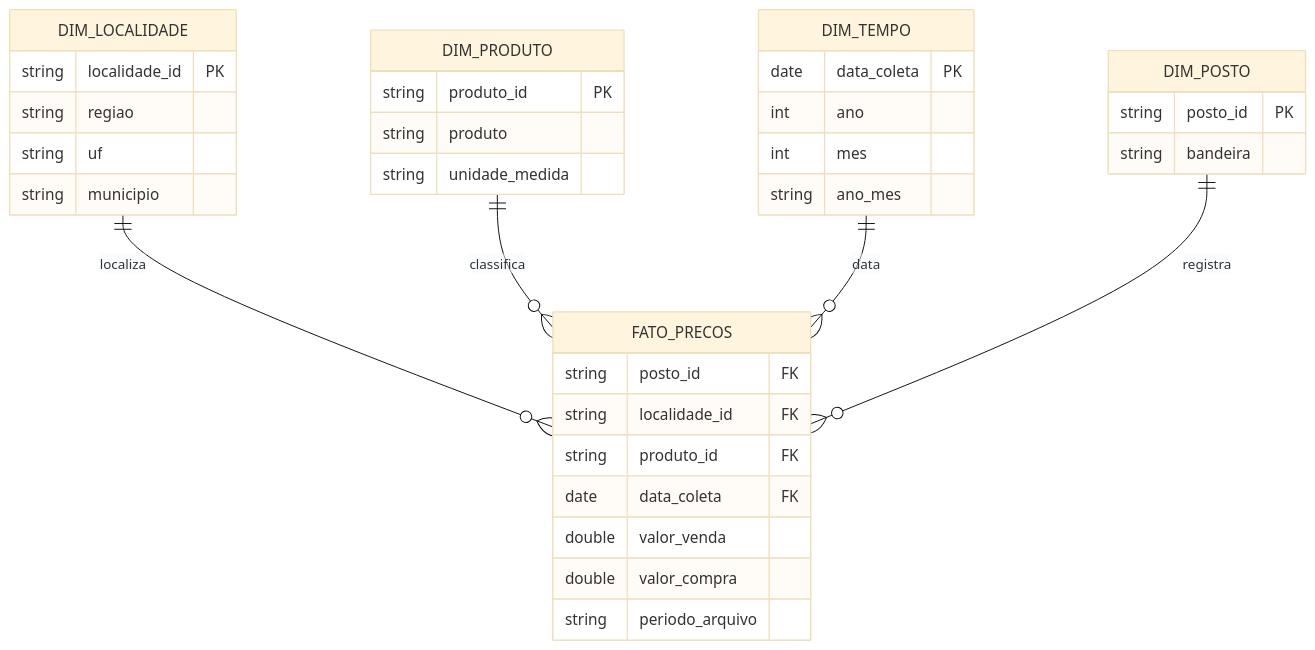
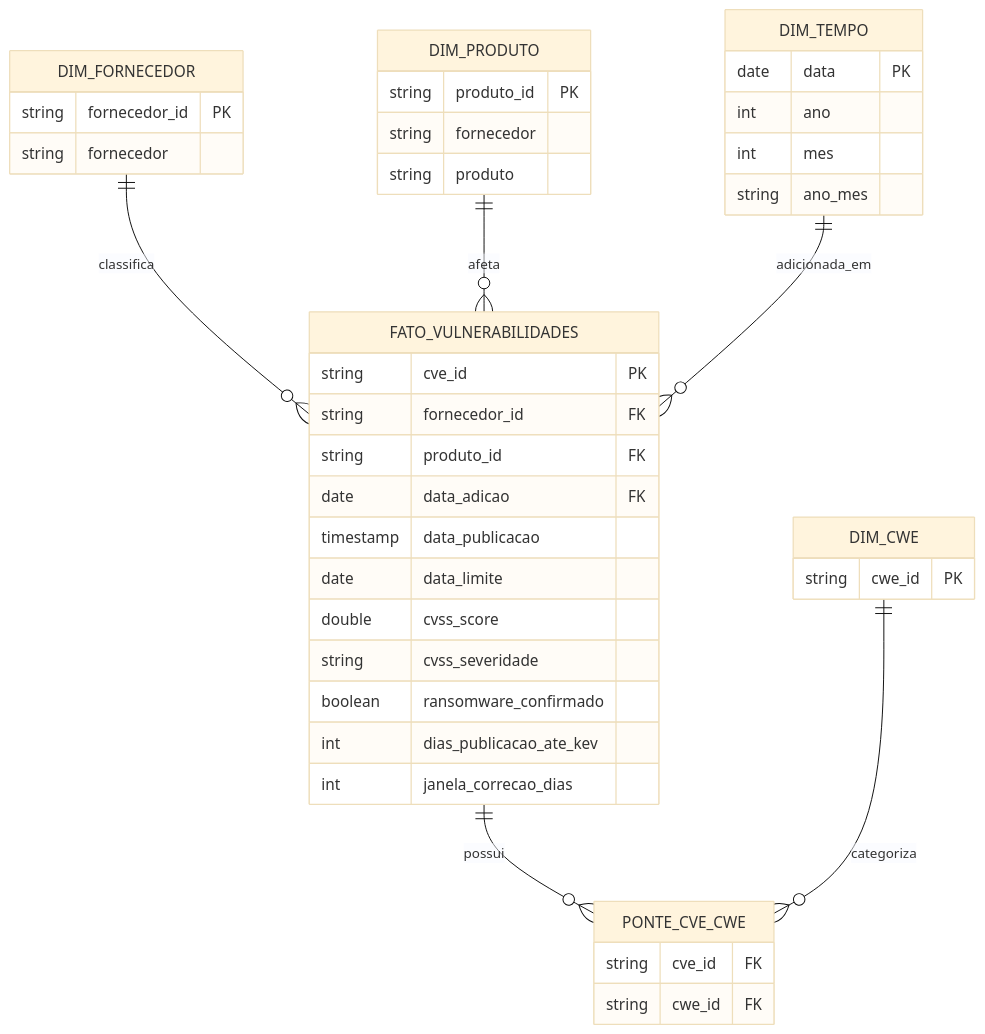
The diagram in catalogo/modelo_estrela.mmd (brunobryto-lab/tarefa-4), drawn with Mermaid (base theme) before and after one commit. The commit also changed other lines of this file and 25 other files, not shown here.

```diff
--- a/catalogo/modelo_estrela.mmd
+++ b/catalogo/modelo_estrela.mmd
@@ -1,36 +1,42 @@
 erDiagram
-    DIM_LOCALIDADE ||--o{ FATO_PRECOS : localiza
-    DIM_PRODUTO ||--o{ FATO_PRECOS : classifica
-    DIM_TEMPO ||--o{ FATO_PRECOS : data
-    DIM_POSTO ||--o{ FATO_PRECOS : registra
+    DIM_FORNECEDOR ||--o{ FATO_VULNERABILIDADES : classifica
+    DIM_PRODUTO ||--o{ FATO_VULNERABILIDADES : afeta
+    DIM_TEMPO ||--o{ FATO_VULNERABILIDADES : adicionada_em
+    FATO_VULNERABILIDADES ||--o{ PONTE_CVE_CWE : possui
+    DIM_CWE ||--o{ PONTE_CVE_CWE : categoriza
 
-    DIM_LOCALIDADE {
-        string localidade_id PK
-        string regiao
-        string uf
-        string municipio
+    DIM_FORNECEDOR {
+        string fornecedor_id PK
+        string fornecedor
     }
     DIM_PRODUTO {
         string produto_id PK
+        string fornecedor
         string produto
-        string unidade_medida
     }
     DIM_TEMPO {
-        date data_coleta PK
+        date data PK
         int ano
         int mes
         string ano_mes
     }
-    DIM_POSTO {
-        string posto_id PK
-        string bandeira
+    DIM_CWE {
+        string cwe_id PK
     }
-    FATO_PRECOS {
-        string posto_id FK
-        string localidade_id FK
+    FATO_VULNERABILIDADES {
+        string cve_id PK
+        string fornecedor_id FK
         string produto_id FK
-        date data_coleta FK
-        double valor_venda
-        double valor_compra
-        string periodo_arquivo
+        date data_adicao FK
+        timestamp data_publicacao
+        date data_limite
+        double cvss_score
+        string cvss_severidade
+        boolean ransomware_confirmado
+        int dias_publicacao_ate_kev
+        int janela_correcao_dias
     }
+    PONTE_CVE_CWE {
+        string cve_id FK
+        string cwe_id FK
+    }
```
